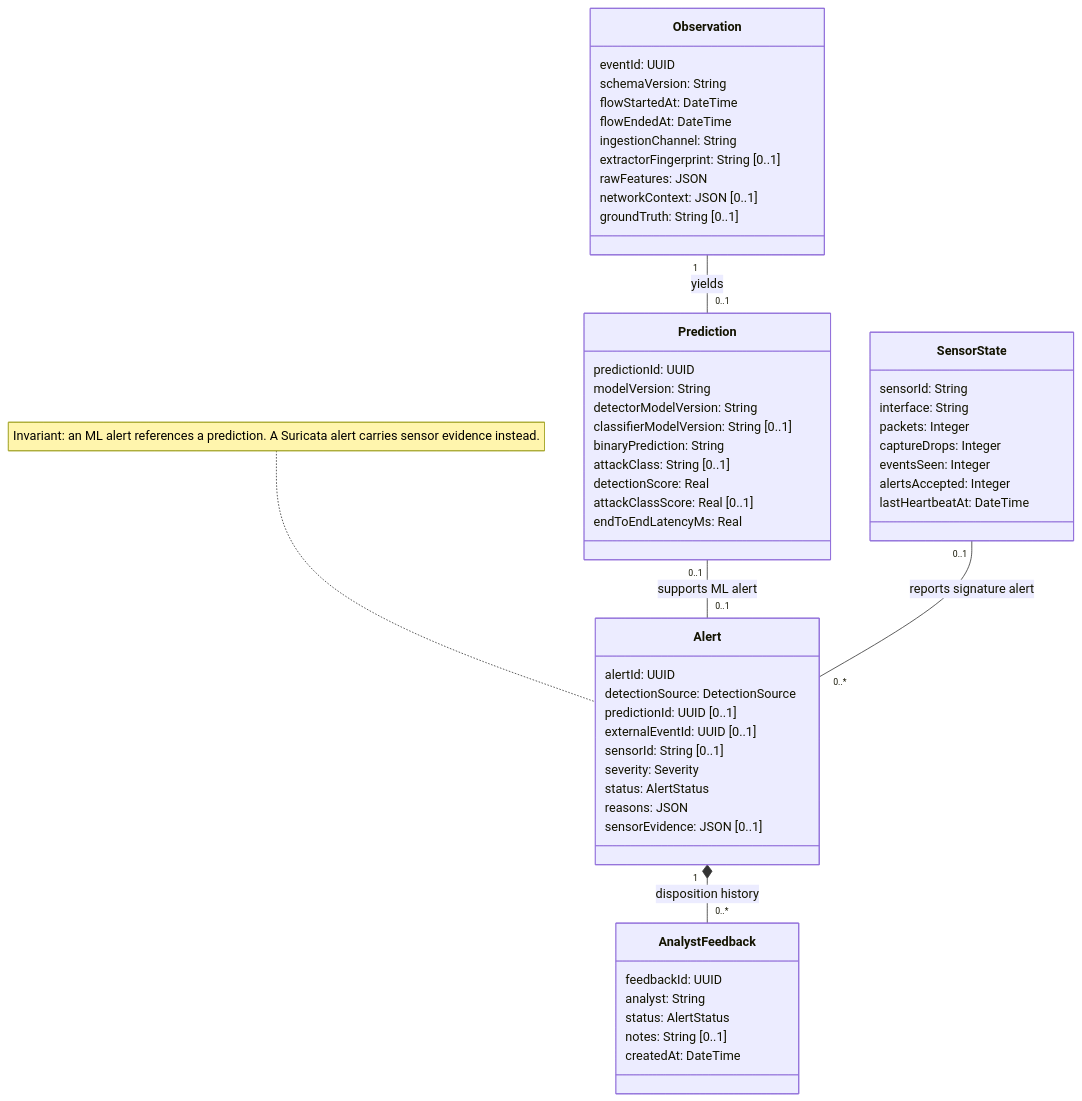
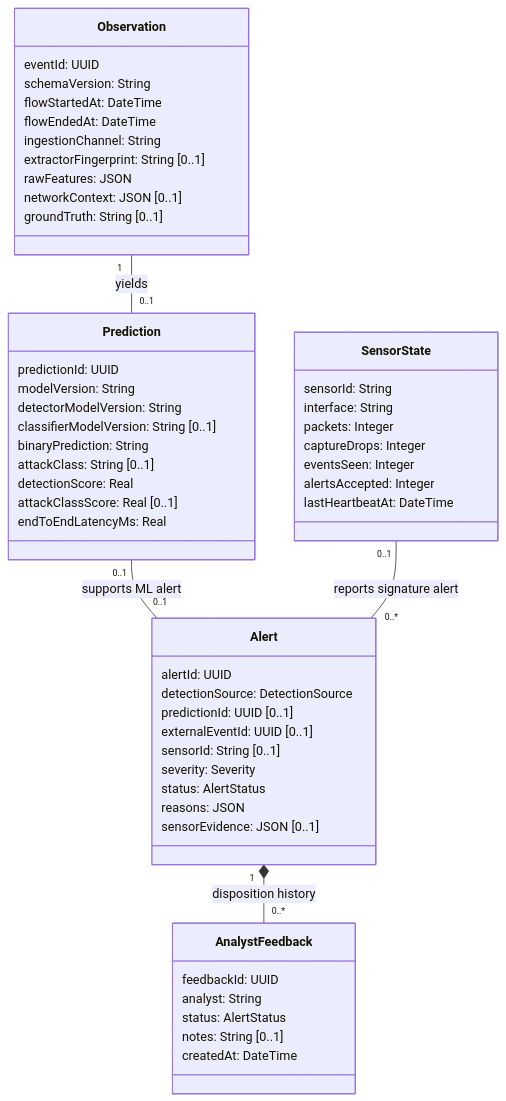
The diagram in diagrams/03-domain-classes.mmd (ZakariaElKhaldi/4iir-sr), drawn with Mermaid before and after one commit. The commit also changed 53 other files, not shown here.

```diff
--- a/diagrams/03-domain-classes.mmd
+++ b/diagrams/03-domain-classes.mmd
@@ -1,63 +1,61 @@
 classDiagram
     direction TB
 
     class Observation {
         eventId: UUID
         schemaVersion: String
         flowStartedAt: DateTime
         flowEndedAt: DateTime
         ingestionChannel: String
         extractorFingerprint: String [0..1]
         rawFeatures: JSON
         networkContext: JSON [0..1]
         groundTruth: String [0..1]
     }
 
     class Prediction {
         predictionId: UUID
         modelVersion: String
         detectorModelVersion: String
         classifierModelVersion: String [0..1]
         binaryPrediction: String
         attackClass: String [0..1]
         detectionScore: Real
         attackClassScore: Real [0..1]
         endToEndLatencyMs: Real
     }
 
     class Alert {
         alertId: UUID
         detectionSource: DetectionSource
         predictionId: UUID [0..1]
         externalEventId: UUID [0..1]
         sensorId: String [0..1]
         severity: Severity
         status: AlertStatus
         reasons: JSON
         sensorEvidence: JSON [0..1]
     }
 
     class AnalystFeedback {
         feedbackId: UUID
         analyst: String
         status: AlertStatus
         notes: String [0..1]
         createdAt: DateTime
     }
 
     class SensorState {
         sensorId: String
         interface: String
         packets: Integer
         captureDrops: Integer
         eventsSeen: Integer
         alertsAccepted: Integer
         lastHeartbeatAt: DateTime
     }
 
     Observation "1" -- "0..1" Prediction : yields
     Prediction "0..1" -- "0..1" Alert : supports ML alert
     SensorState "0..1" -- "0..*" Alert : reports signature alert
     Alert "1" *-- "0..*" AnalystFeedback : disposition history
-
-    note for Alert "Invariant: an ML alert references a prediction. A Suricata alert carries sensor evidence instead."
```
